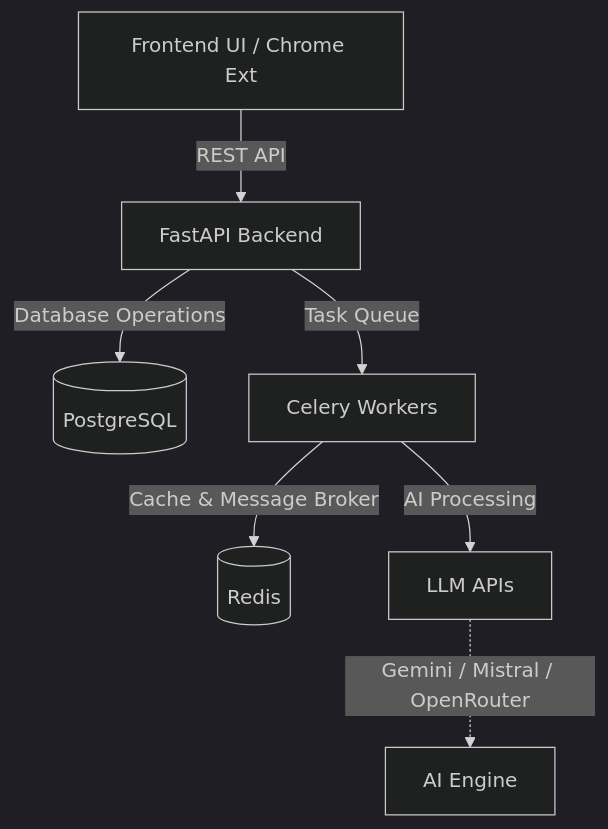
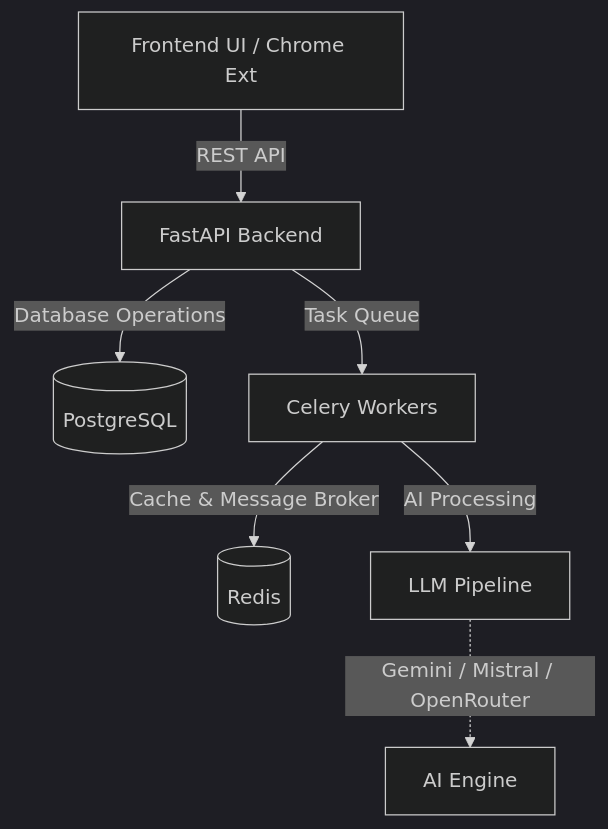
One commit to jayanthkumar10/PathLight.ai changed the diagram in README.md. Above: the diagram before and after it, drawn with Mermaid (dark theme). The commit also changed other lines of this file and 53 other files, not shown here.

````diff
--- a/README.md
+++ b/README.md
@@ -26,9 +40,9 @@
 ```mermaid
 graph TD
     A[Frontend UI / Chrome Ext] -->|REST API| B[FastAPI Backend]
     B -->|Database Operations| C[(PostgreSQL)]
     B -->|Task Queue| D[Celery Workers]
     D -->|Cache & Message Broker| E[(Redis)]
-    D -->|AI Processing| F[LLM APIs]
+    D -->|AI Processing| F[LLM Pipeline]
     F -.->|Gemini / Mistral / OpenRouter| G[AI Engine]
 ```
````
